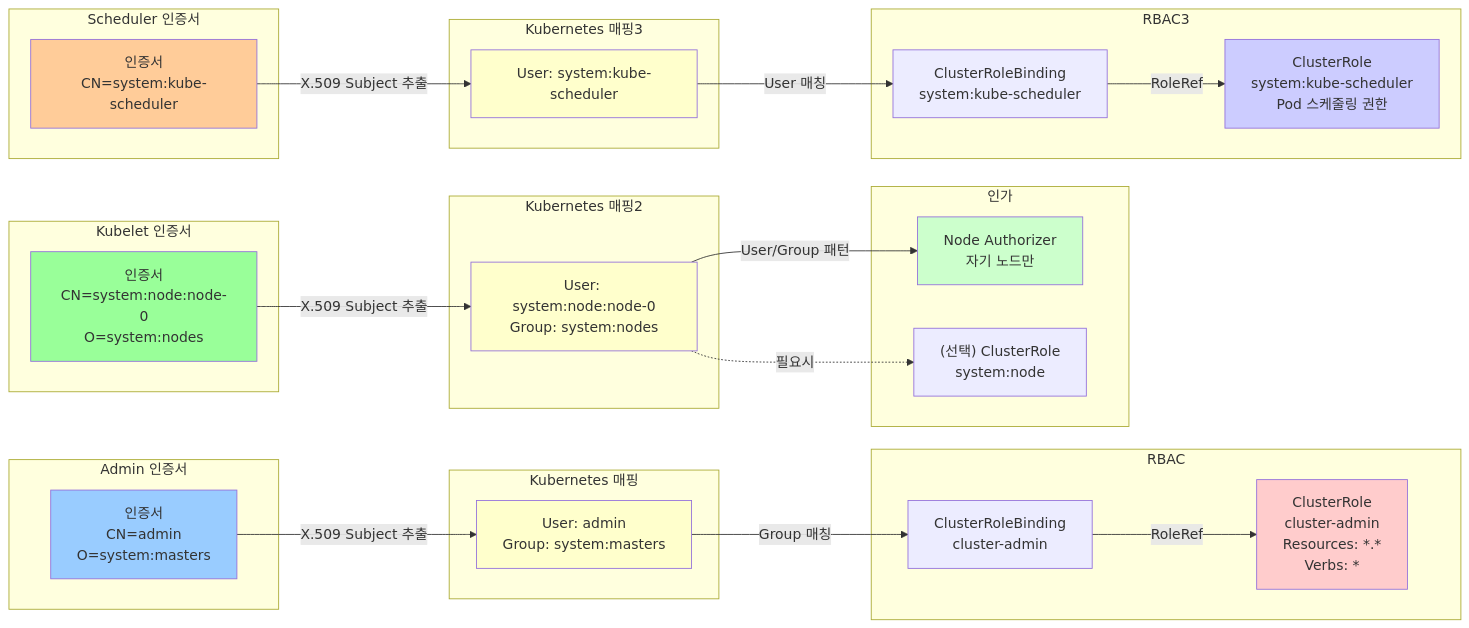
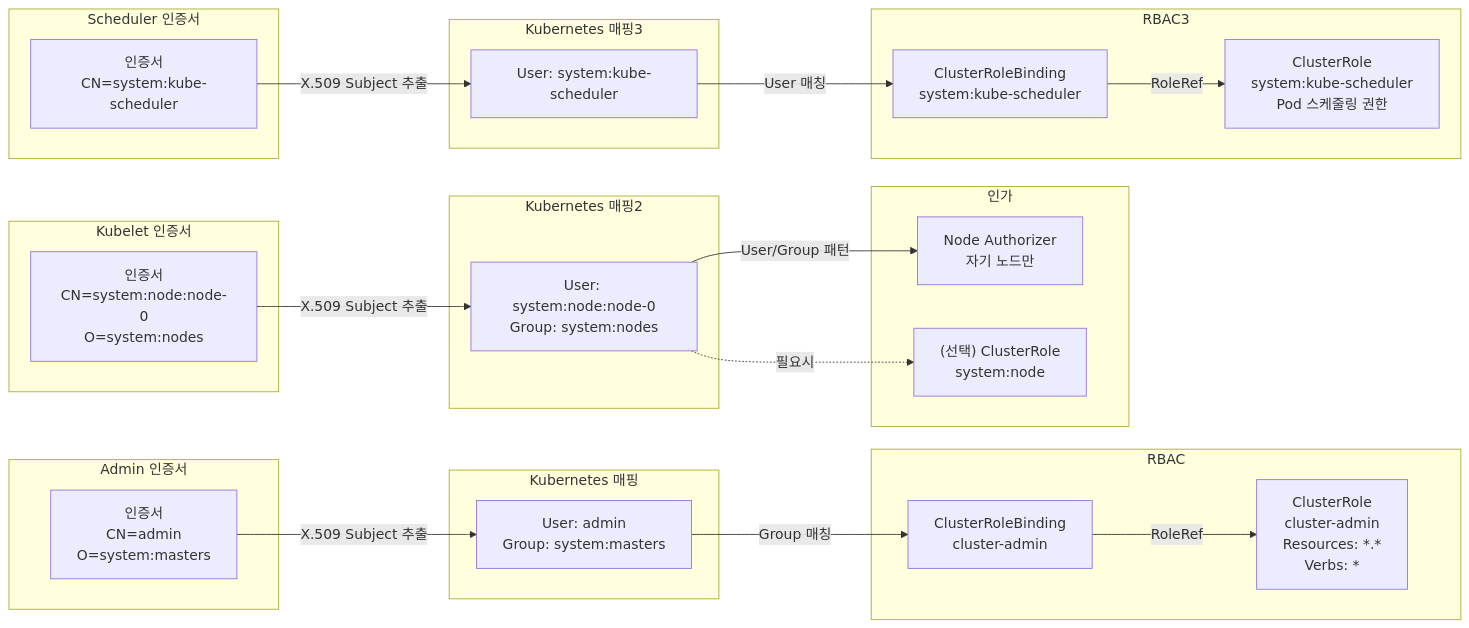
Before and after one commit to juwon8891/juwon8891.github.io: the sixth of 6 diagrams in docs/k8s-deploy/week1-kubernetes-hard-way.md, drawn with Mermaid. The commit also changed other lines of this file and 18 other files, not shown here.

Commit message:
Remove bright colors from Mermaid diagrams for dark mode compatibility

````diff
--- a/docs/k8s-deploy/week1-kubernetes-hard-way.md
+++ b/docs/k8s-deploy/week1-kubernetes-hard-way.md
@@ -1670,65 +1661,56 @@
 ```mermaid
 graph LR
     subgraph "Admin 인증서"
         CERT1["인증서<br/>CN=admin<br/>O=system:masters"]
     end
 
     subgraph "Kubernetes 매핑"
         USER1["User: admin<br/>Group: system:masters"]
     end
 
     subgraph "RBAC"
         CRB1["ClusterRoleBinding<br/>cluster-admin"]
         CR1["ClusterRole<br/>cluster-admin<br/>Resources: *.*<br/>Verbs: *"]
     end
 
     CERT1 -->|X.509 Subject 추출| USER1
     USER1 -->|Group 매칭| CRB1
     CRB1 -->|RoleRef| CR1
 
-    style CERT1 fill:#99ccff
-    style USER1 fill:#ffffcc
-    style CR1 fill:#ffcccc
 
     subgraph "Kubelet 인증서"
         CERT2["인증서<br/>CN=system:node:node-0<br/>O=system:nodes"]
     end
 
     subgraph "Kubernetes 매핑2"
         USER2["User: system:node:node-0<br/>Group: system:nodes"]
     end
 
     subgraph "인가"
         NA["Node Authorizer<br/>자기 노드만"]
         CR2["(선택) ClusterRole<br/>system:node"]
     end
 
     CERT2 -->|X.509 Subject 추출| USER2
     USER2 -->|User/Group 패턴| NA
     USER2 -.->|필요시| CR2
 
-    style CERT2 fill:#99ff99
-    style USER2 fill:#ffffcc
-    style NA fill:#ccffcc
 
     subgraph "Scheduler 인증서"
         CERT3["인증서<br/>CN=system:kube-scheduler"]
     end
 
     subgraph "Kubernetes 매핑3"
         USER3["User: system:kube-scheduler"]
     end
 
     subgraph "RBAC3"
         CRB3["ClusterRoleBinding<br/>system:kube-scheduler"]
         CR3["ClusterRole<br/>system:kube-scheduler<br/>Pod 스케줄링 권한"]
     end
 
     CERT3 -->|X.509 Subject 추출| USER3
     USER3 -->|User 매칭| CRB3
     CRB3 -->|RoleRef| CR3
 
-    style CERT3 fill:#ffcc99
-    style USER3 fill:#ffffcc
-    style CR3 fill:#ccccff
 ```
````
